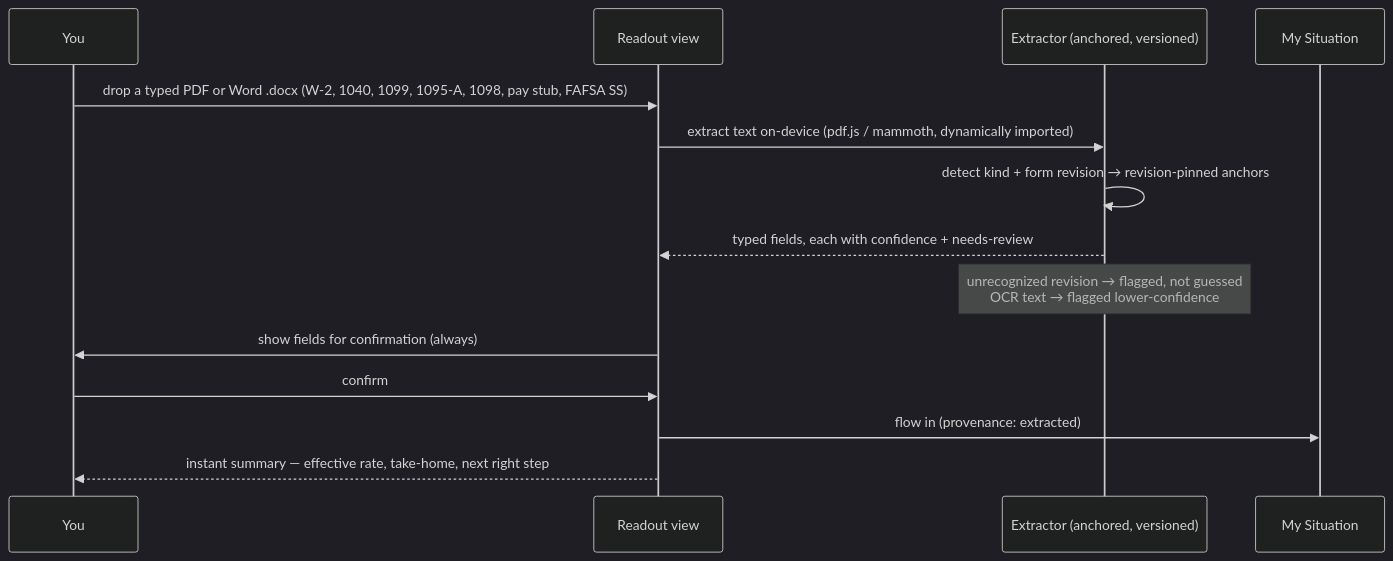
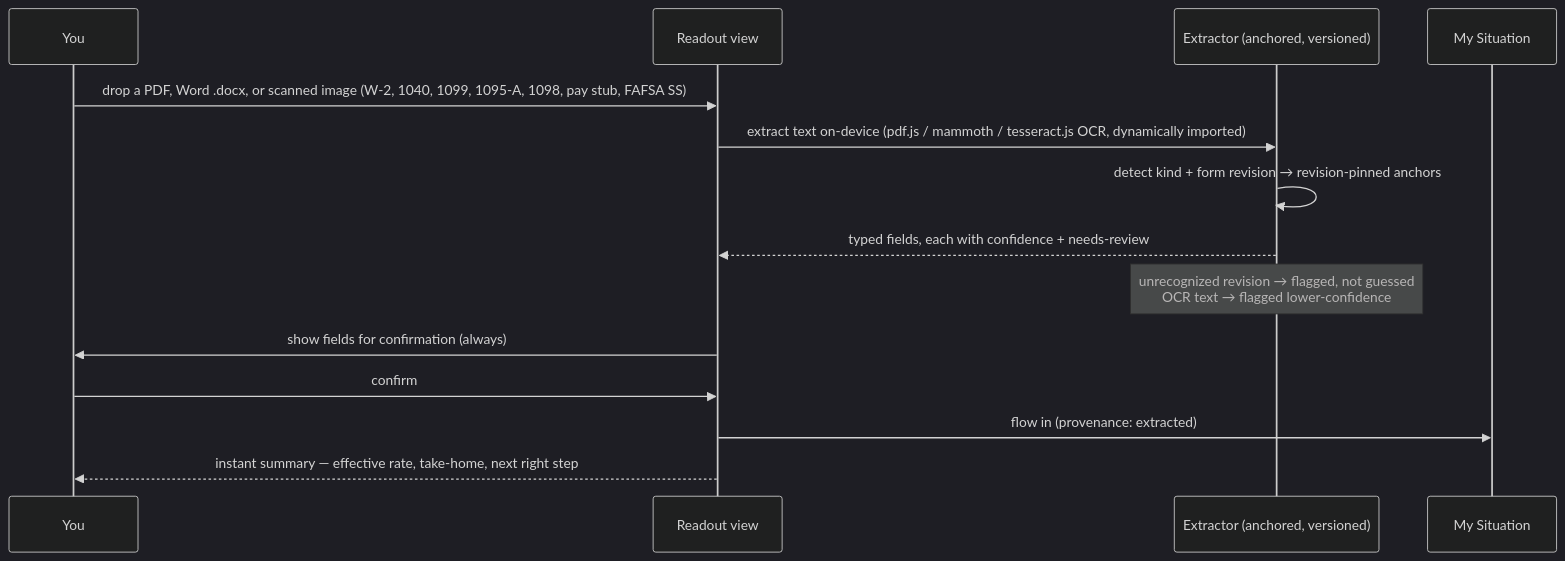
Before and after one commit to clay-good/enklayve: the fifth of 6 diagrams in README.md, drawn with Mermaid (dark theme). The commit also changed other lines of this file and 11 other files, not shown here.

````diff
--- a/README.md
+++ b/README.md
@@ -354,16 +354,16 @@
 ```mermaid
 sequenceDiagram
     participant U as You
     participant V as Readout view
     participant X as Extractor (anchored, versioned)
     participant P as My Situation
-    U->>V: drop a typed PDF or Word .docx (W-2, 1040, 1099, 1095-A, 1098, pay stub, FAFSA SS)
-    V->>X: extract text on-device (pdf.js / mammoth, dynamically imported)
+    U->>V: drop a PDF, Word .docx, or scanned image (W-2, 1040, 1099, 1095-A, 1098, pay stub, FAFSA SS)
+    V->>X: extract text on-device (pdf.js / mammoth / tesseract.js OCR, dynamically imported)
     X->>X: detect kind + form revision → revision-pinned anchors
     X-->>V: typed fields, each with confidence + needs-review
     Note over X: unrecognized revision → flagged, not guessed<br/>OCR text → flagged lower-confidence
     V->>U: show fields for confirmation (always)
     U->>V: confirm
     V->>P: flow in (provenance: extracted)
     V-->>U: instant summary — effective rate, take-home, next right step
 ```
````
